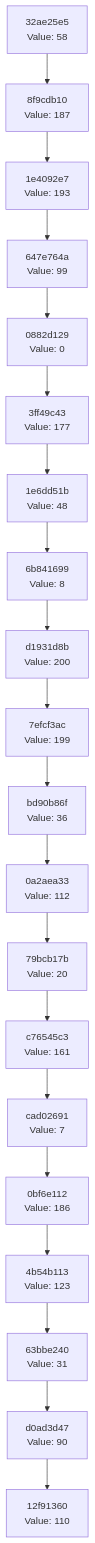
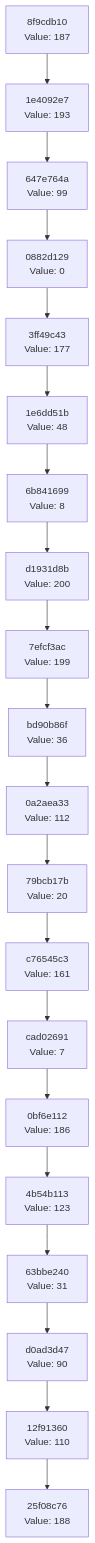
The diagram in docs/CHAIN_VISUALIZATION.md (Abhisheksinha1506/hash-chain-evolver), drawn with Mermaid before and after one commit. The commit also changed 3 other files, not shown here.

````diff
--- a/docs/CHAIN_VISUALIZATION.md
+++ b/docs/CHAIN_VISUALIZATION.md
@@ -3,42 +3,42 @@
 ```mermaid
 graph TD
-    C0["12f91360<br/>Value: 110"]
-    C1["d0ad3d47<br/>Value: 90"]
+    C0["25f08c76<br/>Value: 188"]
+    C1["12f91360<br/>Value: 110"]
     C1 --> C0
-    C2["63bbe240<br/>Value: 31"]
+    C2["d0ad3d47<br/>Value: 90"]
     C2 --> C1
-    C3["4b54b113<br/>Value: 123"]
+    C3["63bbe240<br/>Value: 31"]
     C3 --> C2
-    C4["0bf6e112<br/>Value: 186"]
+    C4["4b54b113<br/>Value: 123"]
     C4 --> C3
-    C5["cad02691<br/>Value: 7"]
+    C5["0bf6e112<br/>Value: 186"]
     C5 --> C4
-    C6["c76545c3<br/>Value: 161"]
+    C6["cad02691<br/>Value: 7"]
     C6 --> C5
-    C7["79bcb17b<br/>Value: 20"]
+    C7["c76545c3<br/>Value: 161"]
     C7 --> C6
-    C8["0a2aea33<br/>Value: 112"]
+    C8["79bcb17b<br/>Value: 20"]
     C8 --> C7
-    C9["bd90b86f<br/>Value: 36"]
+    C9["0a2aea33<br/>Value: 112"]
     C9 --> C8
-    C10["7efcf3ac<br/>Value: 199"]
+    C10["bd90b86f<br/>Value: 36"]
     C10 --> C9
-    C11["d1931d8b<br/>Value: 200"]
+    C11["7efcf3ac<br/>Value: 199"]
     C11 --> C10
-    C12["6b841699<br/>Value: 8"]
+    C12["d1931d8b<br/>Value: 200"]
     C12 --> C11
-    C13["1e6dd51b<br/>Value: 48"]
+    C13["6b841699<br/>Value: 8"]
     C13 --> C12
-    C14["3ff49c43<br/>Value: 177"]
+    C14["1e6dd51b<br/>Value: 48"]
     C14 --> C13
-    C15["0882d129<br/>Value: 0"]
+    C15["3ff49c43<br/>Value: 177"]
     C15 --> C14
-    C16["647e764a<br/>Value: 99"]
+    C16["0882d129<br/>Value: 0"]
     C16 --> C15
-    C17["1e4092e7<br/>Value: 193"]
+    C17["647e764a<br/>Value: 99"]
     C17 --> C16
-    C18["8f9cdb10<br/>Value: 187"]
+    C18["1e4092e7<br/>Value: 193"]
     C18 --> C17
-    C19["32ae25e5<br/>Value: 58"]
+    C19["8f9cdb10<br/>Value: 187"]
     C19 --> C18
 ```
````
